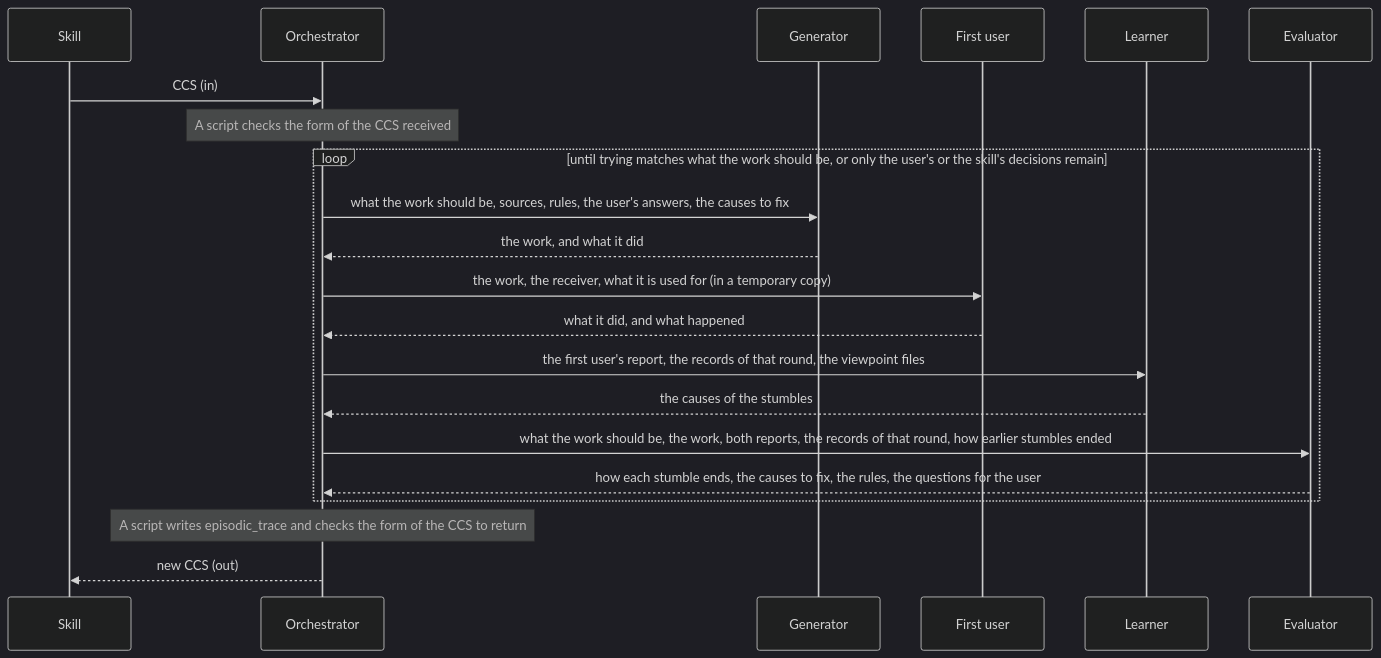
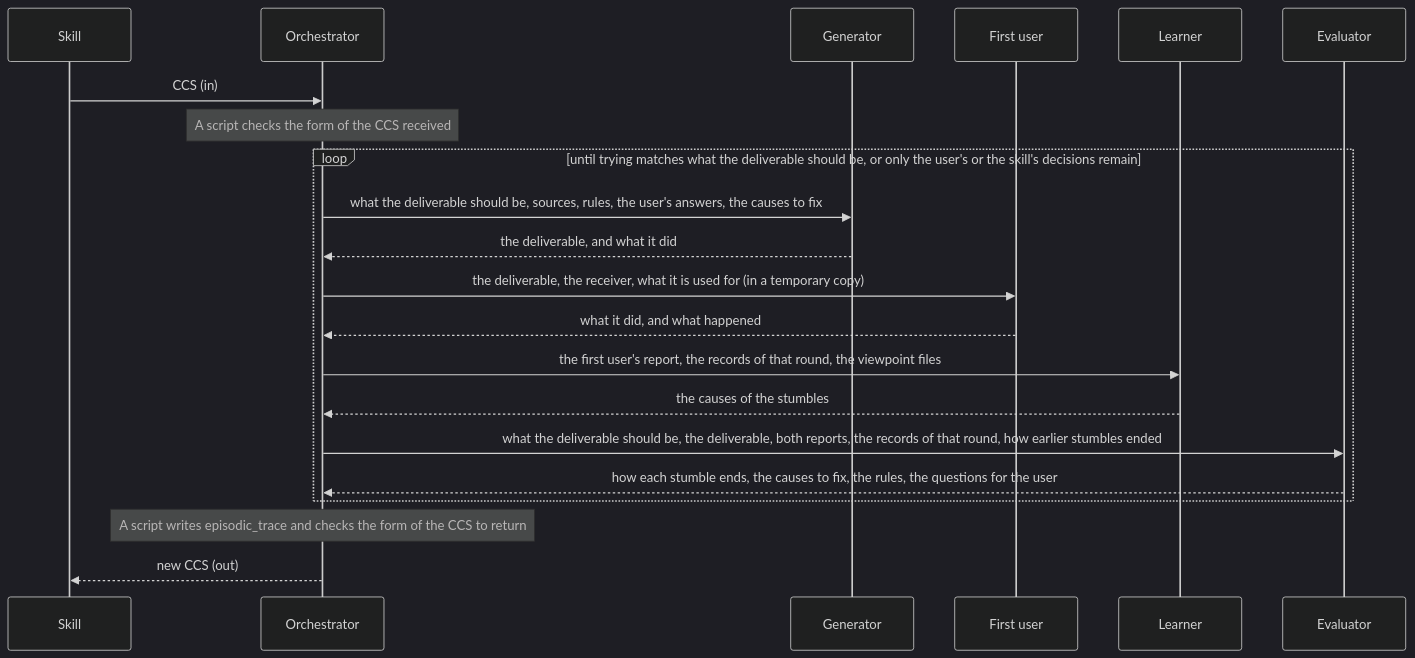
The diagram in dev/turn/design.md (lovaizu/ccpm), drawn with Mermaid (dark theme) before and after one commit. The commit also changed other lines of this file and 2 other files, not shown here.

First line of the commit message:
turn: the thing made is the deliverable, kind deliverable included, so it translates as one word

````diff
--- a/dev/turn/design.md
+++ b/dev/turn/design.md
@@ -39,23 +39,23 @@
 ```mermaid
 sequenceDiagram
   participant S as Skill
   participant O as Orchestrator
   participant G as Generator
   participant U as First user
   participant L as Learner
   participant E as Evaluator
   S->>O: CCS (in)
   Note over O: A script checks the form of the CCS received
-  loop until trying matches what the work should be, or only the user's or the skill's decisions remain
-    O->>G: what the work should be, sources, rules, the user's answers, the causes to fix
-    G-->>O: the work, and what it did
-    O->>U: the work, the receiver, what it is used for (in a temporary copy)
+  loop until trying matches what the deliverable should be, or only the user's or the skill's decisions remain
+    O->>G: what the deliverable should be, sources, rules, the user's answers, the causes to fix
+    G-->>O: the deliverable, and what it did
+    O->>U: the deliverable, the receiver, what it is used for (in a temporary copy)
     U-->>O: what it did, and what happened
     O->>L: the first user's report, the records of that round, the viewpoint files
     L-->>O: the causes of the stumbles
-    O->>E: what the work should be, the work, both reports, the records of that round, how earlier stumbles ended
+    O->>E: what the deliverable should be, the deliverable, both reports, the records of that round, how earlier stumbles ended
     E-->>O: how each stumble ends, the causes to fix, the rules, the questions for the user
   end
   Note over O: A script writes episodic_trace and checks the form of the CCS to return
   O-->>S: new CCS (out)
 ```
````
